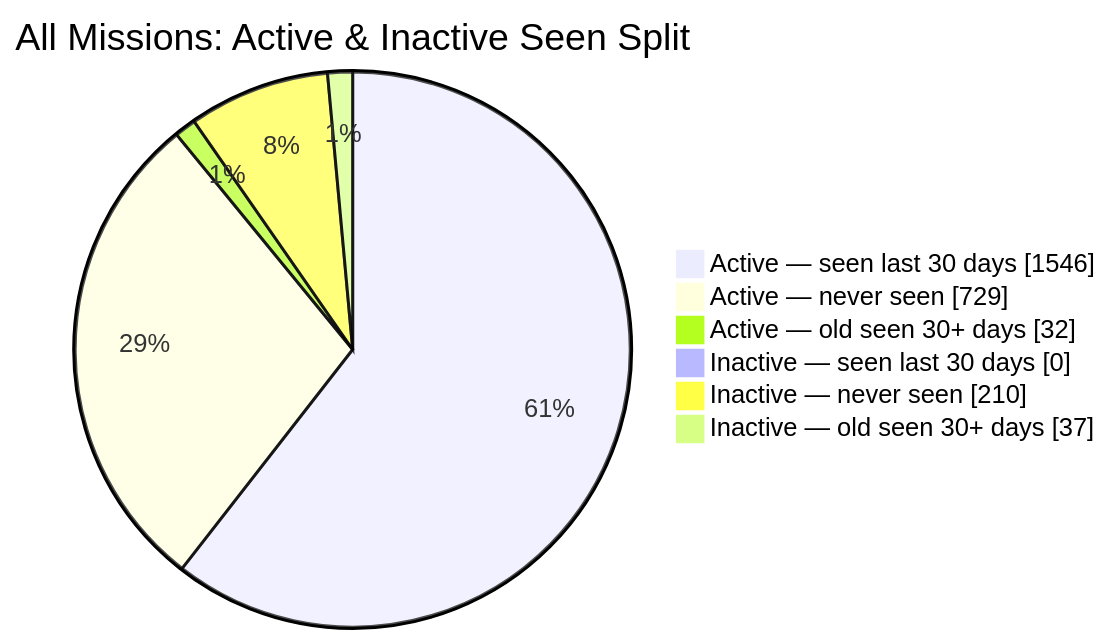
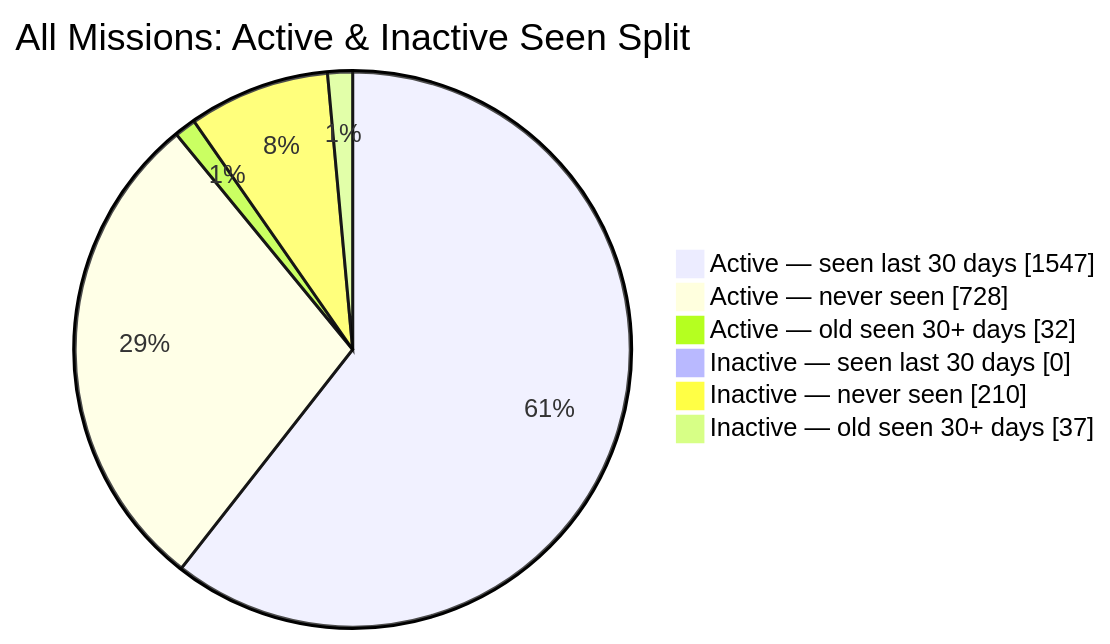
One commit to MeldkamerspelGameTeam/active-missions changed the second of 2 diagrams in README.md. Above: the diagram before and after it, drawn with Mermaid. The commit also changed other lines of this file and 2 other files, not shown here.

````diff
--- a/README.md
+++ b/README.md
@@ -44,10 +44,10 @@
 ```mermaid
 pie showData
     title All Missions: Active & Inactive Seen Split
-    "Active — seen last 30 days" : 1546
-    "Active — never seen" : 729
+    "Active — seen last 30 days" : 1547
+    "Active — never seen" : 728
     "Active — old seen 30+ days" : 32
     "Inactive — seen last 30 days" : 0
     "Inactive — never seen" : 210
     "Inactive — old seen 30+ days" : 37
 ```
````
